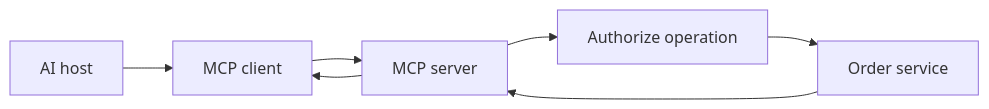
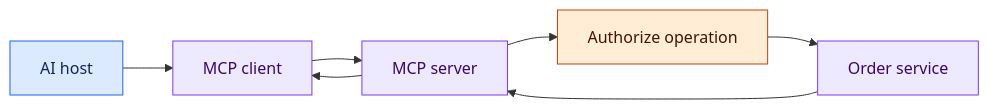
The third of 6 diagrams in chapters/06-agents-and-ai-production.md (Shaktiprasadram22/system-design-26-week-roadmap), drawn with Mermaid before and after one commit. The commit also changed other lines of this file and 21 other files, not shown here.

````diff
--- a/chapters/06-agents-and-ai-production.md
+++ b/chapters/06-agents-and-ai-production.md
@@ -137,9 +166,17 @@
 ```mermaid
 flowchart LR
     A[AI host] --> B[MCP client]
     B --> C[MCP server]
     C --> D[Authorize operation]
     D --> E[Order service]
     E --> C
     C --> B
+
+    classDef input fill:#dbeafe,stroke:#2563eb,color:#172554;
+    classDef service fill:#ede9fe,stroke:#7c3aed,color:#3b0764;
+    classDef data fill:#ccfbf1,stroke:#0f766e,color:#134e4a;
+    classDef edge fill:#ffedd5,stroke:#c2410c,color:#431407;
+    class A input;
+    class B,C,E service;
+    class D edge;
 ```
````
